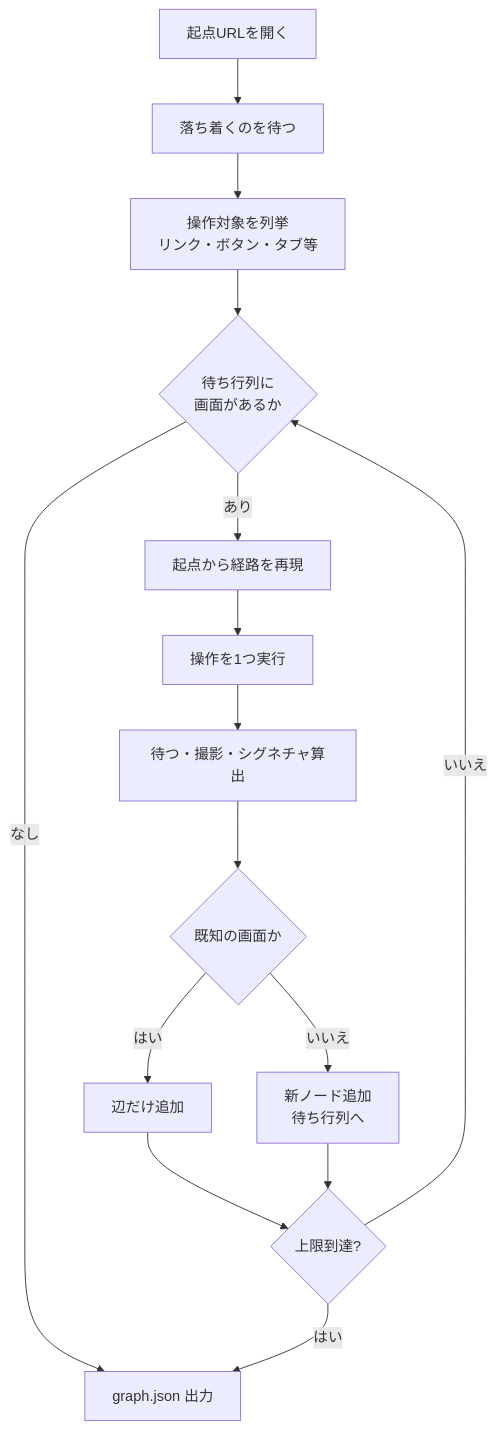
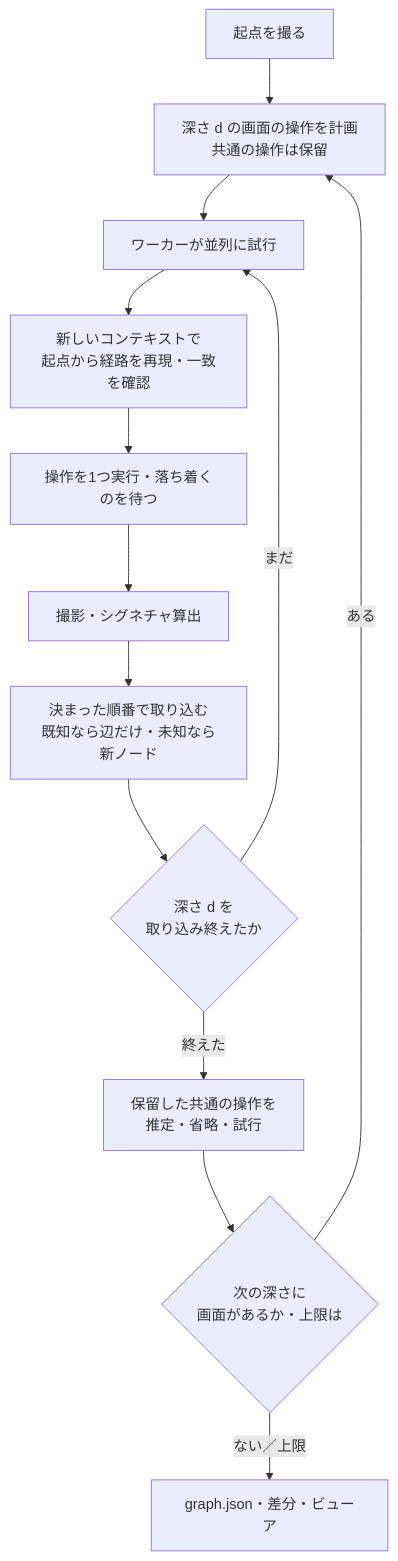
Before and after one commit to raku1chi/flowmap: the second of 3 diagrams in DESIGN.md, drawn with Mermaid. The commit also changed other lines of this file and 3 other files, not shown here.

````diff
--- a/DESIGN.md
+++ b/DESIGN.md
@@ -71,17 +77,15 @@
 ```mermaid
 flowchart TD
-  A[起点URLを開く] --> B[落ち着くのを待つ]
-  B --> C[操作対象を列挙<br/>リンク・ボタン・タブ等]
-  C --> D{待ち行列に<br/>画面があるか}
-  D -- なし --> Z[graph.json 出力]
-  D -- あり --> E[起点から経路を再現]
-  E --> F[操作を1つ実行]
-  F --> G[待つ・撮影・シグネチャ算出]
-  G --> H{既知の画面か}
-  H -- はい --> I[辺だけ追加]
-  H -- いいえ --> J[新ノード追加<br/>待ち行列へ]
-  I --> K{上限到達?}
-  J --> K
-  K -- いいえ --> D
-  K -- はい --> Z
+  A[起点を撮る] --> P[深さ d の画面の操作を計画<br/>共通の操作は保留]
+  P --> W[ワーカーが並列に試行]
+  W --> R[新しいコンテキストで<br/>起点から経路を再現・一致を確認]
+  R --> F[操作を1つ実行・落ち着くのを待つ]
+  F --> G[撮影・シグネチャ算出]
+  G --> M[決まった順番で取り込む<br/>既知なら辺だけ・未知なら新ノード]
+  M --> Q{深さ d を<br/>取り込み終えたか}
+  Q -- まだ --> W
+  Q -- 終えた --> B[保留した共通の操作を<br/>推定・省略・試行]
+  B --> K{次の深さに<br/>画面があるか・上限は}
+  K -- ある --> P
+  K -- ない／上限 --> Z[graph.json・差分・ビューア]
 ```
````
